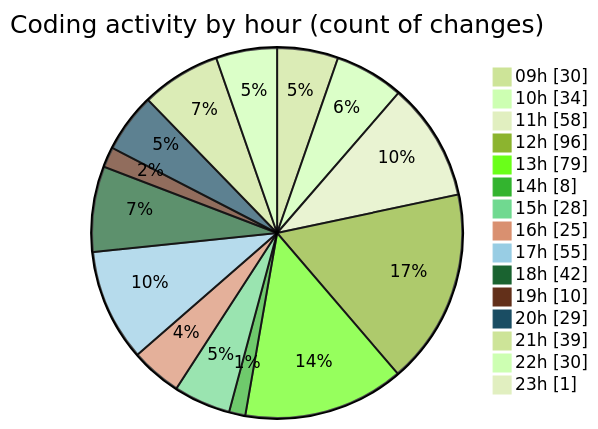
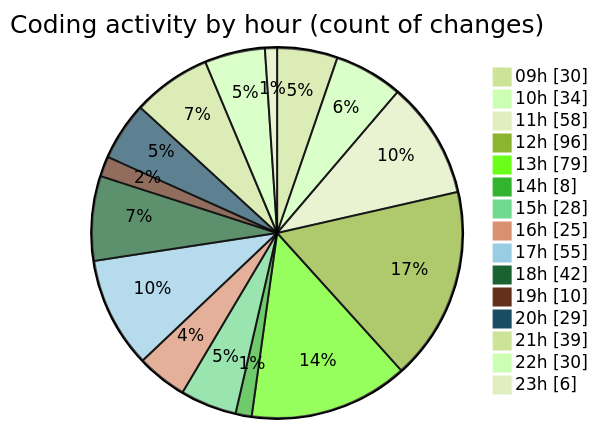
One commit to momahboobian/code-tracking changed the second of 2 diagrams in 2025-04-02/cda/README.md. Above: the diagram before and after it, drawn with Mermaid (forest theme). The commit also changed other lines of this file and 1 other file, not shown here.

````diff
--- a/2025-04-02/cda/README.md
+++ b/2025-04-02/cda/README.md
@@ -40,19 +40,19 @@
 ```mermaid
 pie showData
 title Coding activity by hour (count of changes)
 "09h" : 30
 "10h" : 34
 "11h" : 58
 "12h" : 96
 "13h" : 79
 "14h" : 8
 "15h" : 28
 "16h" : 25
 "17h" : 55
 "18h" : 42
 "19h" : 10
 "20h" : 29
 "21h" : 39
 "22h" : 30
-"23h" : 1
+"23h" : 6
 ```
````
